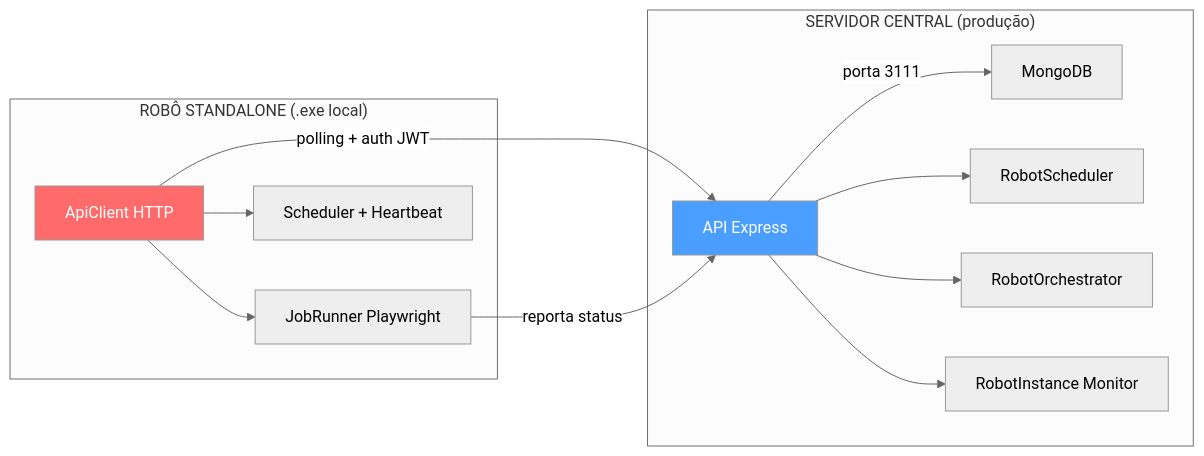
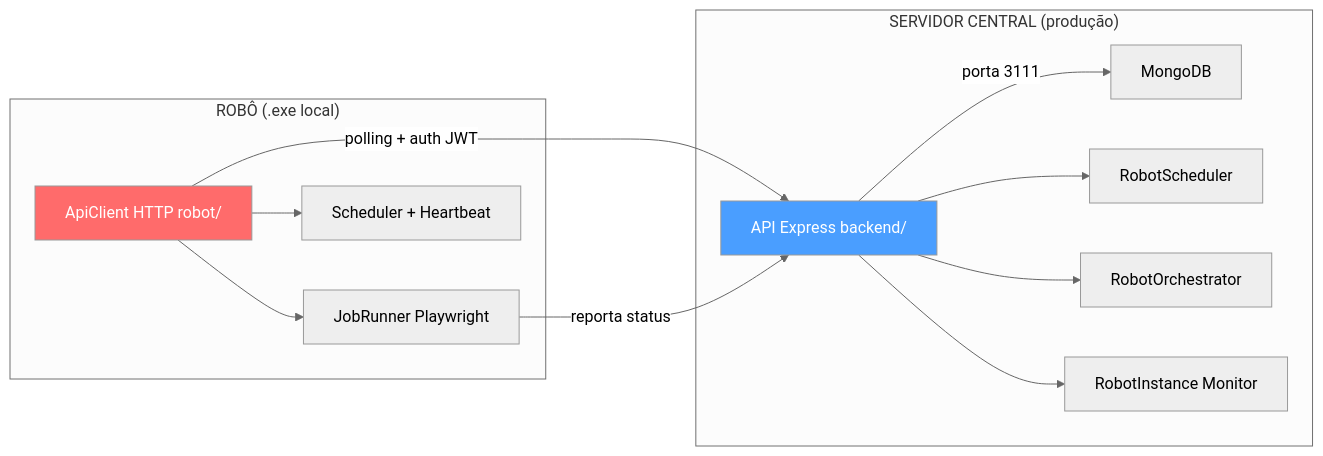
One commit to diogomends/gestor-oportunidades-rpa-docusigner changed the diagram in .specs/STATE.md. Above: the diagram before and after it, drawn with Mermaid (neutral theme). The commit also changed other lines of this file and 55 other files, not shown here.

Commit message:
refactor(project): restructure codebase into backend and robot directories

````diff
--- a/.specs/STATE.md
+++ b/.specs/STATE.md
@@ -11,20 +11,20 @@
 ```mermaid
 graph LR
     subgraph "SERVIDOR CENTRAL (produção)"
-        A[API Express] -->|porta 3111| B[MongoDB]
+        A[API Express backend/] -->|porta 3111| B[MongoDB]
         A --> C[RobotScheduler]
         A --> D[RobotOrchestrator]
         A --> E[RobotInstance Monitor]
     end
 
-    subgraph "ROBÔ STANDALONE (.exe local)"
-        F[ApiClient HTTP] --> G[JobRunner Playwright]
+    subgraph "ROBÔ (.exe local)"
+        F[ApiClient HTTP robot/] --> G[JobRunner Playwright]
         F --> H[Scheduler + Heartbeat]
     end
 
     F -->|polling + auth JWT| A
     G -->|reporta status| A
 
     style A fill:#4a9eff,color:#fff
     style F fill:#ff6b6b,color:#fff
 ```
````
